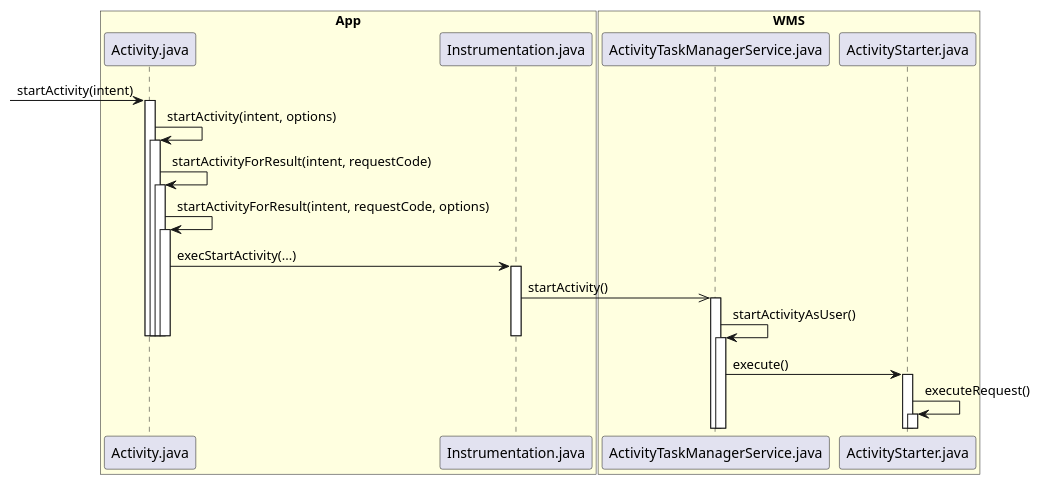
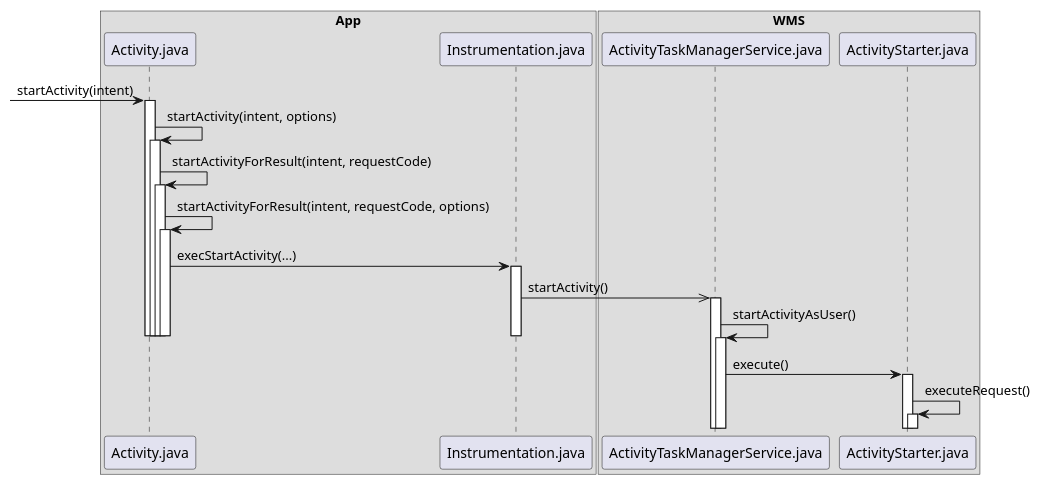
One commit to javalive09/UML changed the diagram in android11/startactivity/StartActivity_1.0.0.0.puml. Above: the diagram before and after it, drawn with PlantUML. The commit also changed 52 other files, not shown here.

Commit message:
update uml

```diff
--- a/android11/startactivity/StartActivity_1.0.0.0.puml
+++ b/android11/startactivity/StartActivity_1.0.0.0.puml
@@ -1,39 +1,39 @@
 @startuml
 
-box "App" #LightYellow
+box "App"
 participant Activity.java
 participant Instrumentation.java
 end box
 
-box "WMS"  #LightYellow
+box "WMS"
 participant ActivityTaskManagerService.java
 participant ActivityStarter.java
 end box
 
 -> Activity.java: startActivity(intent)
 activate Activity.java
 Activity.java -> Activity.java: startActivity(intent, options)
 activate Activity.java
 Activity.java -> Activity.java: startActivityForResult(intent, requestCode)
 activate Activity.java
 Activity.java -> Activity.java: startActivityForResult(intent, requestCode, options)
 activate Activity.java
 Activity.java -> Instrumentation.java: execStartActivity(...)
 activate Instrumentation.java
 Instrumentation.java ->> ActivityTaskManagerService.java: startActivity()
 activate ActivityTaskManagerService.java
 ActivityTaskManagerService.java -> ActivityTaskManagerService.java: startActivityAsUser()
 activate ActivityTaskManagerService.java
 deactivate Instrumentation.java
 deactivate Activity.java
 deactivate Activity.java
 deactivate Activity.java
 deactivate Activity.java
 deactivate Activity.java
 ActivityTaskManagerService.java -> ActivityStarter.java: execute()
 activate ActivityStarter.java
 ActivityStarter.java -> ActivityStarter.java: executeRequest()
 activate ActivityStarter.java
 
 
 @enduml
```
